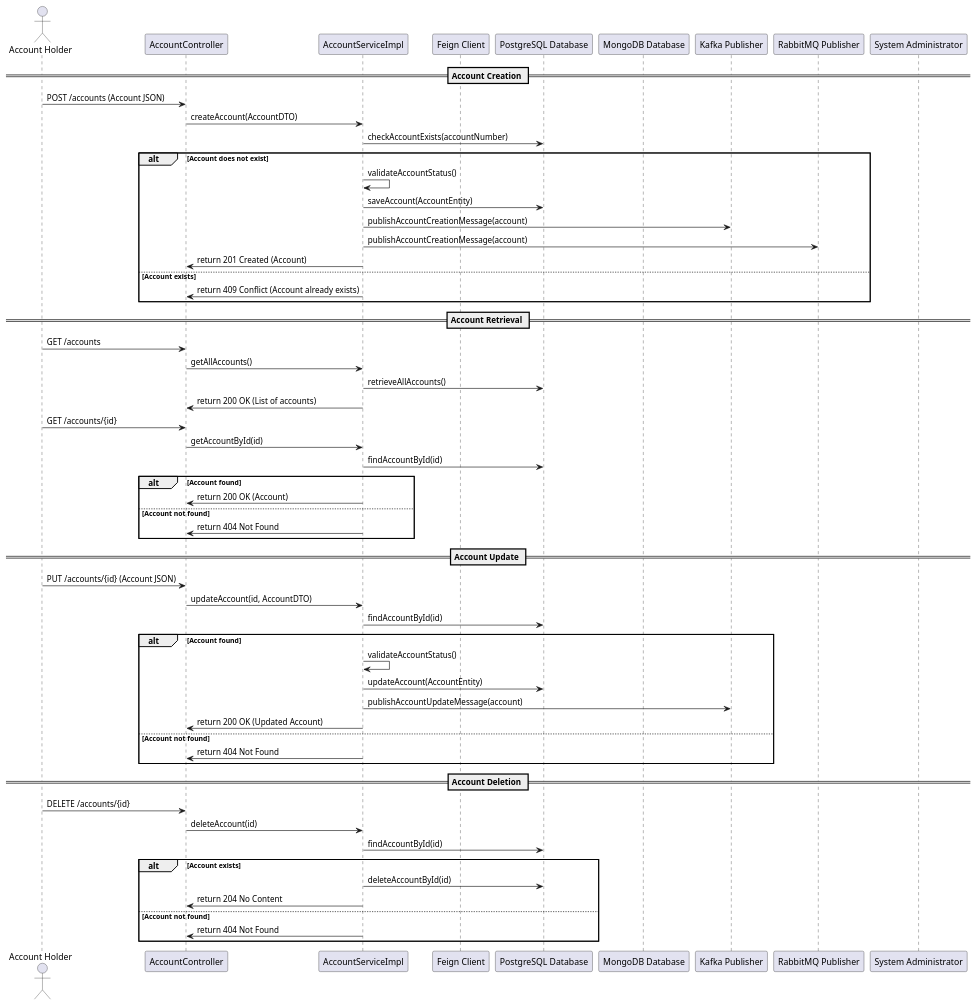
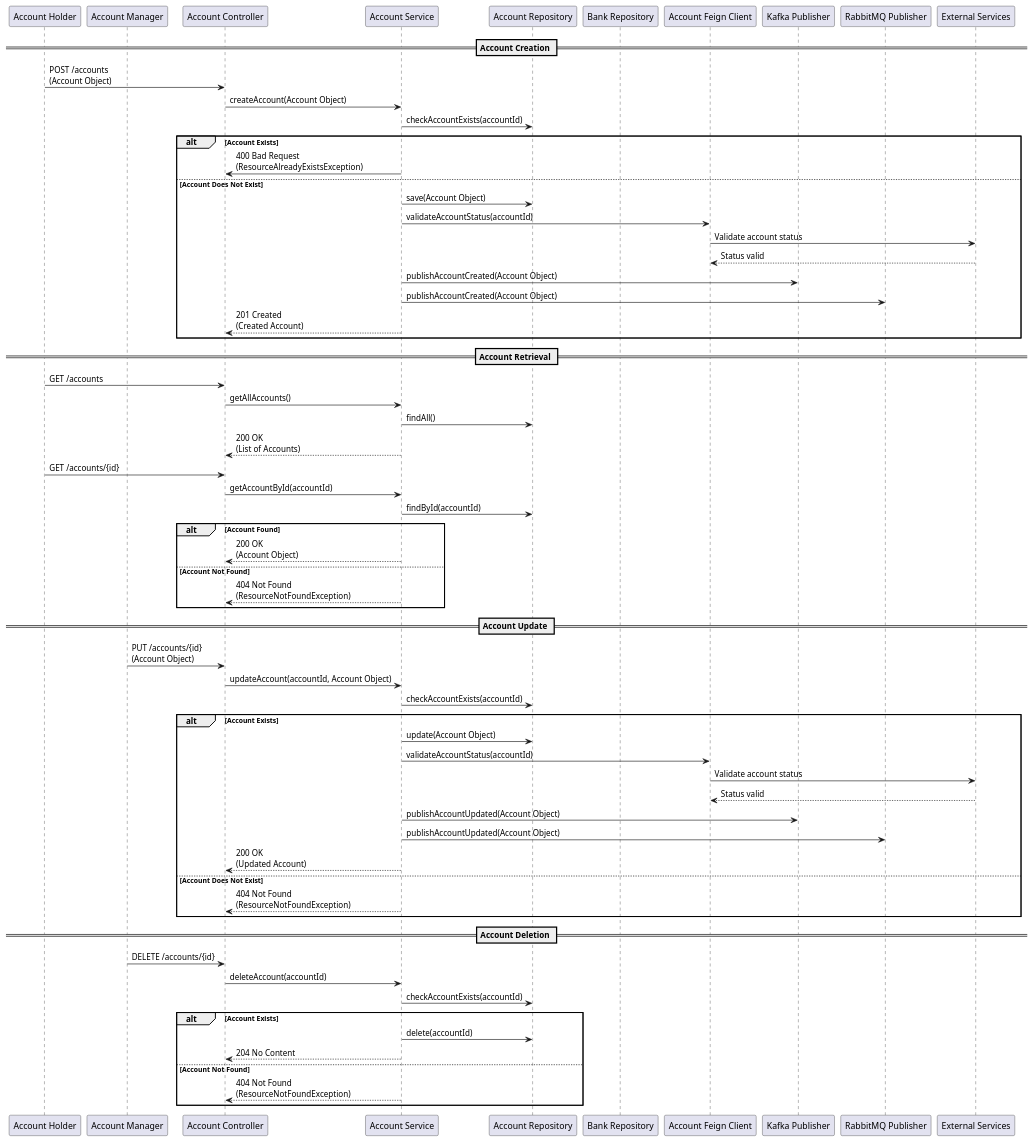
One commit to Bhaskar-Pavan/AccountService changed the diagram in design_document/Account_service.md. Above: the diagram before and after it, drawn with PlantUML. The commit also changed other lines of this file, not shown here.

````diff
--- a/design_document/Account_service.md
+++ b/design_document/Account_service.md
@@ -37,67 +43,73 @@
 ```plantuml
 @startuml
-actor "Account Holder" as AH
-participant "AccountController" as AC
-participant "AccountServiceImpl" as AS
-participant "Feign Client" as FC
-participant "PostgreSQL Database" as PG
-participant "MongoDB Database" as MG
+participant "Account Holder" as AH
+participant "Account Manager" as AM
+participant "Account Controller" as AC
+participant "Account Service" as AS
+participant "Account Repository" as AR
+participant "Bank Repository" as BR
+participant "Account Feign Client" as AFC
 participant "Kafka Publisher" as KP
 participant "RabbitMQ Publisher" as RP
-participant "System Administrator" as SA
+participant "External Services" as ES
 
 == Account Creation ==
-AH -> AC : POST /accounts (Account JSON)
-AC -> AS : createAccount(AccountDTO)
-AS -> PG : checkAccountExists(accountNumber)
-alt Account does not exist
-    AS -> AS : validateAccountStatus()
-    AS -> PG : saveAccount(AccountEntity)
-    AS -> KP : publishAccountCreationMessage(account)
-    AS -> RP : publishAccountCreationMessage(account)
-    AS -> AC : return 201 Created (Account)
-else Account exists
-    AS -> AC : return 409 Conflict (Account already exists)
+AH -> AC : POST /accounts\n(Account Object)
+AC -> AS : createAccount(Account Object)
+AS -> AR : checkAccountExists(accountId)
+alt Account Exists
+    AS -> AC : 400 Bad Request\n(ResourceAlreadyExistsException)
+else Account Does Not Exist
+    AS -> AR : save(Account Object)
+    AS -> AFC : validateAccountStatus(accountId)
+    AFC -> ES : Validate account status
+    ES --> AFC : Status valid
+    AS -> KP : publishAccountCreated(Account Object)
+    AS -> RP : publishAccountCreated(Account Object)
+    AS --> AC : 201 Created\n(Created Account)
 end
 
 == Account Retrieval ==
 AH -> AC : GET /accounts
 AC -> AS : getAllAccounts()
-AS -> PG : retrieveAllAccounts()
-AS -> AC : return 200 OK (List of accounts)
+AS -> AR : findAll()
+AS --> AC : 200 OK\n(List of Accounts)
 
 AH -> AC : GET /accounts/{id}
-AC -> AS : getAccountById(id)
-AS -> PG : findAccountById(id)
-alt Account found
-    AS -> AC : return 200 OK (Account)
-else Account not found
-    AS -> AC : return 404 Not Found
+AC -> AS : getAccountById(accountId)
+AS -> AR : findById(accountId)
+alt Account Found
+    AS --> AC : 200 OK\n(Account Object)
+else Account Not Found
+    AS --> AC : 404 Not Found\n(ResourceNotFoundException)
 end
 
 == Account Update ==
-AH -> AC : PUT /accounts/{id} (Account JSON)
-AC -> AS : updateAccount(id, AccountDTO)
-AS -> PG : findAccountById(id)
-alt Account found
-    AS -> AS : validateAccountStatus()
-    AS -> PG : updateAccount(AccountEntity)
-    AS -> KP : publishAccountUpdateMessage(account)
-    AS -> AC : return 200 OK (Updated Account)
-else Account not found
-    AS -> AC : return 404 Not Found
+AM -> AC : PUT /accounts/{id}\n(Account Object)
+AC -> AS : updateAccount(accountId, Account Object)
+AS -> AR : checkAccountExists(accountId)
+alt Account Exists
+    AS -> AR : update(Account Object)
+    AS -> AFC : validateAccountStatus(accountId)
+    AFC -> ES : Validate account status
+    ES --> AFC : Status valid
+    AS -> KP : publishAccountUpdated(Account Object)
+    AS -> RP : publishAccountUpdated(Account Object)
+    AS --> AC : 200 OK\n(Updated Account)
+else Account Does Not Exist
+    AS --> AC : 404 Not Found\n(ResourceNotFoundException)
 end
 
 == Account Deletion ==
-AH -> AC : DELETE /accounts/{id}
-AC -> AS : deleteAccount(id)
-AS -> PG : findAccountById(id)
-alt Account exists
-    AS -> PG : deleteAccountById(id)
-    AS -> AC : return 204 No Content
-else Account not found
-    AS -> AC : return 404 Not Found
+AM -> AC : DELETE /accounts/{id}
+AC -> AS : deleteAccount(accountId)
+AS -> AR : checkAccountExists(accountId)
+alt Account Exists
+    AS -> AR : delete(accountId)
+    AS --> AC : 204 No Content
+else Account Not Found
+    AS --> AC : 404 Not Found\n(ResourceNotFoundException)
 end
 
 @enduml
 ```
````
